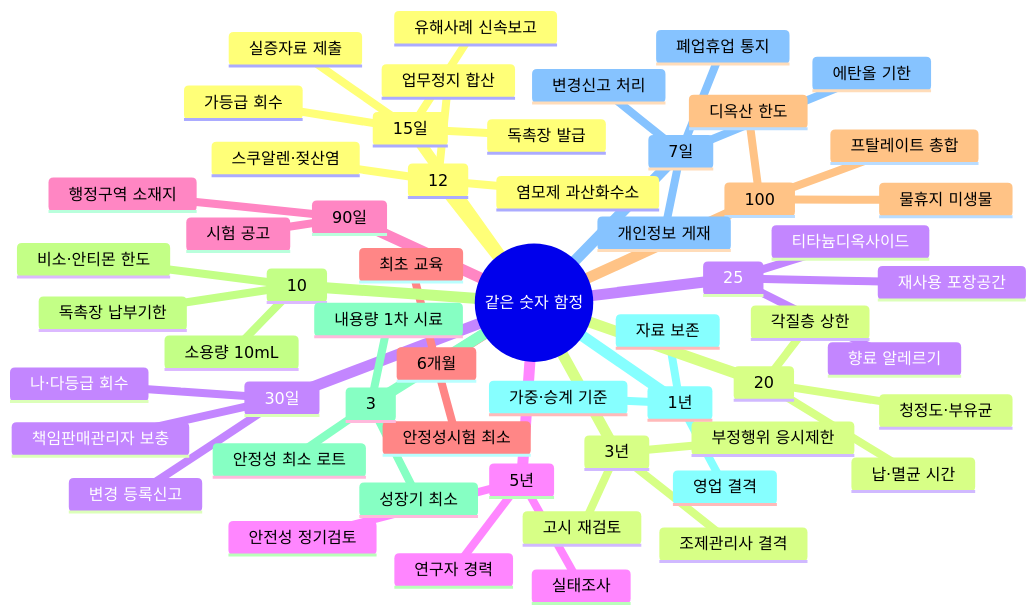
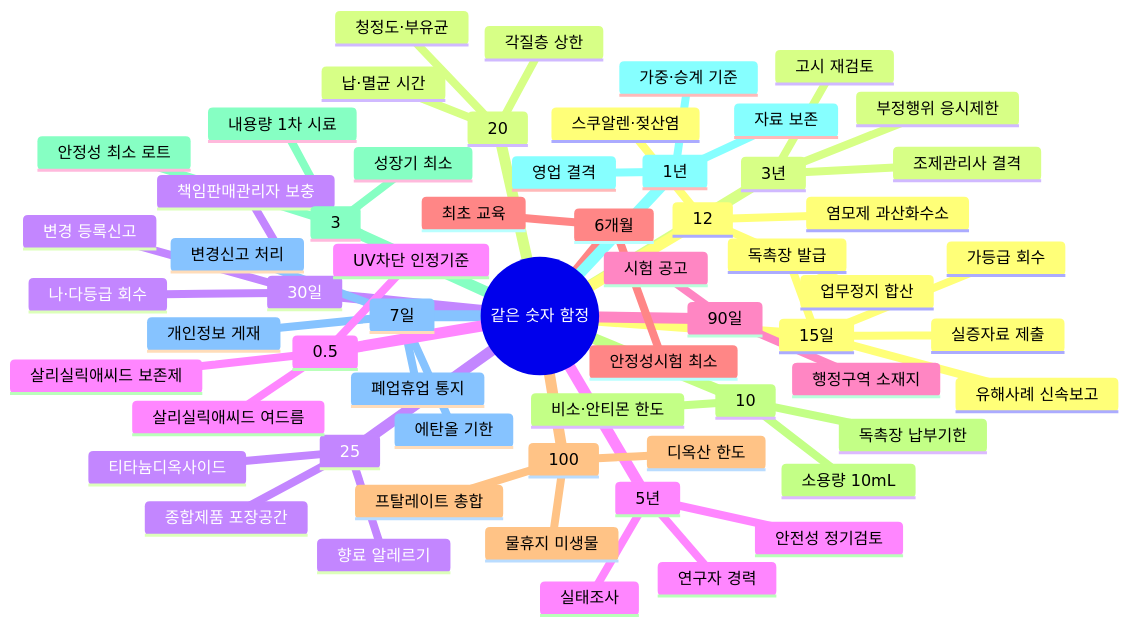
Before and after one commit to skygoldlee-cyber/Personalized_Skincare: the seventh of 7 diagrams in content/두음법_암기_총정리.md, drawn with Mermaid. The commit also changed other lines of this file and 4 other files, not shown here.

````diff
--- a/content/두음법_암기_총정리.md
+++ b/content/두음법_암기_총정리.md
@@ -654,60 +717,64 @@
 ```mermaid
 mindmap
  root((같은 숫자 함정))
   15일
    유해사례 신속보고
    실증자료 제출
    독촉장 발급
    가등급 회수
   3년
    조제관리사 결격
    부정행위 응시제한
    고시 재검토
   30일
    변경 등록신고
    나·다등급 회수
    책임판매관리자 보충
   5년
    안전성 정기검토
    실태조사
    연구자 경력
   90일
    행정구역 소재지
    시험 공고
   6개월
    최초 교육
    안정성시험 최소
   100
    물휴지 미생물
    디옥산 한도
    프탈레이트 총합
   10
    비소·안티몬 한도
    독촉장 납부기한
    소용량 10mL
   3
    내용량 1차 시료
    안정성 최소 로트
    성장기 최소
   1년
    영업 결격
    자료 보존
    가중·승계 기준
   7일
    폐업휴업 통지
    변경신고 처리
    개인정보 게재
    에탄올 기한
   12
    업무정지 합산
    염모제 과산화수소
    스쿠알렌·젖산염
   20
    청정도·부유균
    납·멸균 시간
    각질층 상한
   25
    향료 알레르기
-   재사용 포장공간
+   종합제품 포장공간
    티타늄디옥사이드
+  0.5
+   살리실릭애씨드 여드름
+   살리실릭애씨드 보존제
+   UV차단 인정기준
 ```
````
